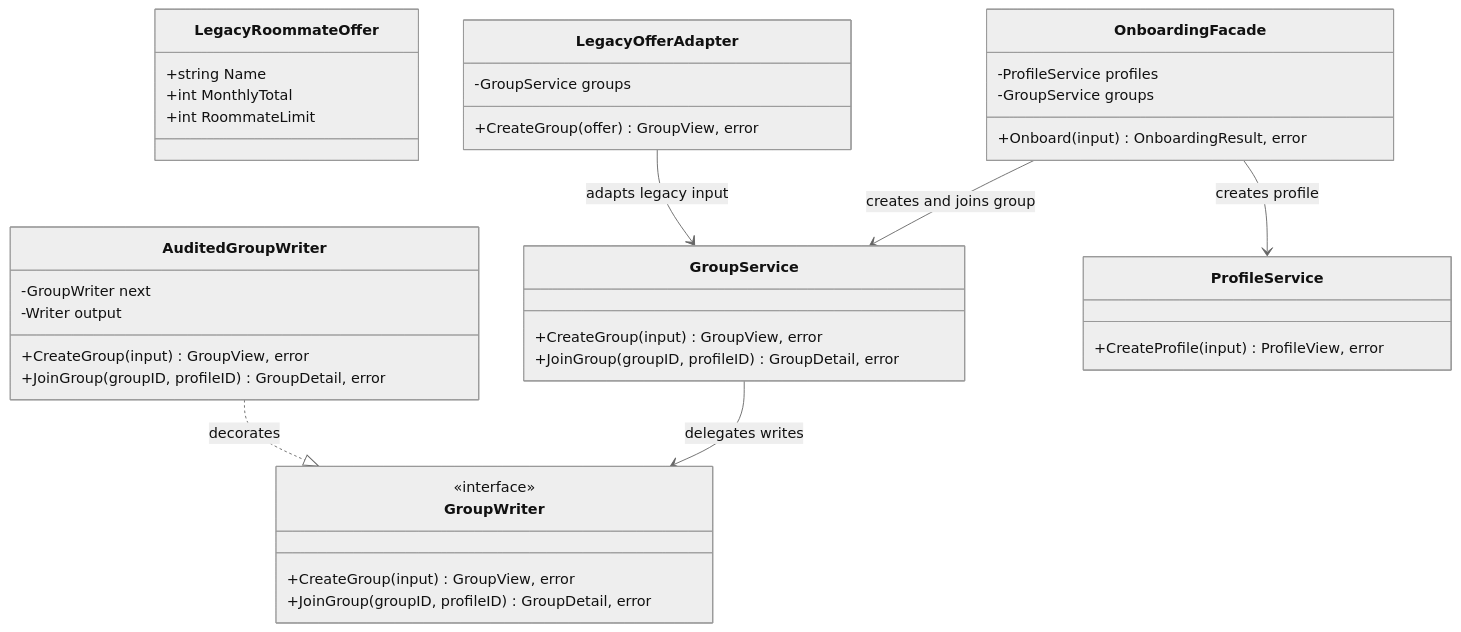
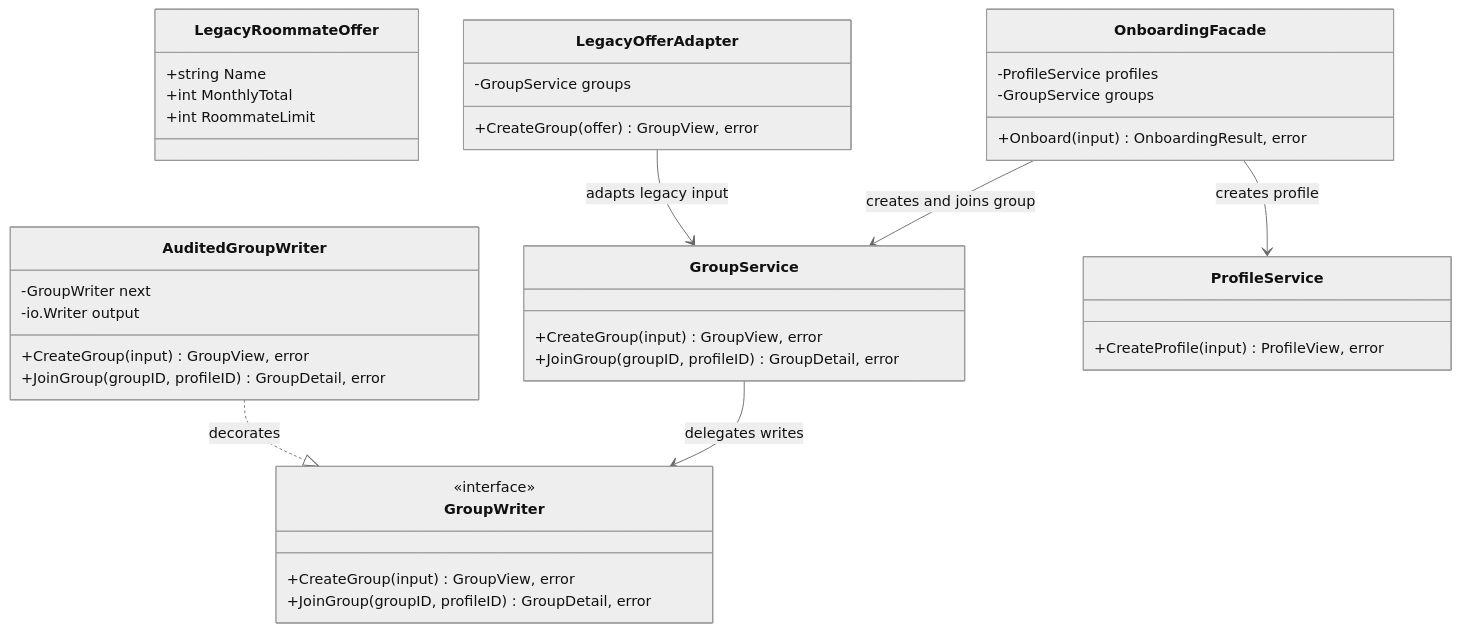
The diagram in lab-02/report.md (Lucian-Adrian/sem5-software-design), drawn with Mermaid (neutral theme) before and after one commit. The commit also changed other lines of this file and 3 other files, not shown here.

````diff
--- a/lab-02/report.md
+++ b/lab-02/report.md
@@ -121,41 +295,41 @@
 ```mermaid
 classDiagram
     class LegacyRoommateOffer {
         +string Name
         +int MonthlyTotal
         +int RoommateLimit
     }
     class LegacyOfferAdapter {
         -GroupService groups
         +CreateGroup(offer) GroupView, error
     }
     class AuditedGroupWriter {
         -GroupWriter next
-        -Writer output
+        -io.Writer output
         +CreateGroup(input) GroupView, error
         +JoinGroup(groupID, profileID) GroupDetail, error
     }
     class OnboardingFacade {
         -ProfileService profiles
         -GroupService groups
         +Onboard(input) OnboardingResult, error
     }
     class GroupService {
         +CreateGroup(input) GroupView, error
         +JoinGroup(groupID, profileID) GroupDetail, error
     }
     class ProfileService {
         +CreateProfile(input) ProfileView, error
     }
     class GroupWriter {
         <<interface>>
         +CreateGroup(input) GroupView, error
         +JoinGroup(groupID, profileID) GroupDetail, error
     }
 
     LegacyOfferAdapter --> GroupService : adapts legacy input
     AuditedGroupWriter ..|> GroupWriter : decorates
     GroupService --> GroupWriter : delegates writes
     OnboardingFacade --> ProfileService : creates profile
     OnboardingFacade --> GroupService : creates and joins group
 ```
````
